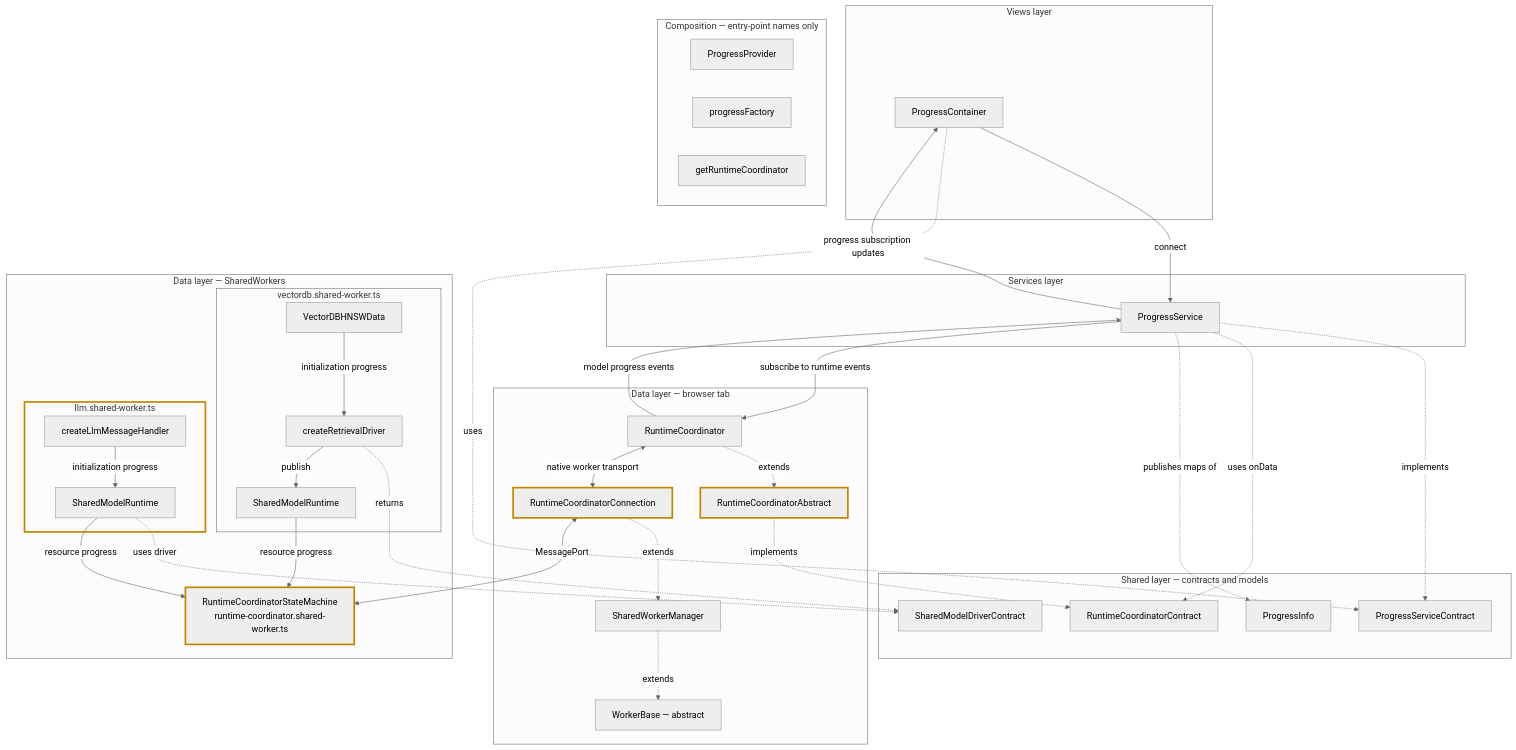
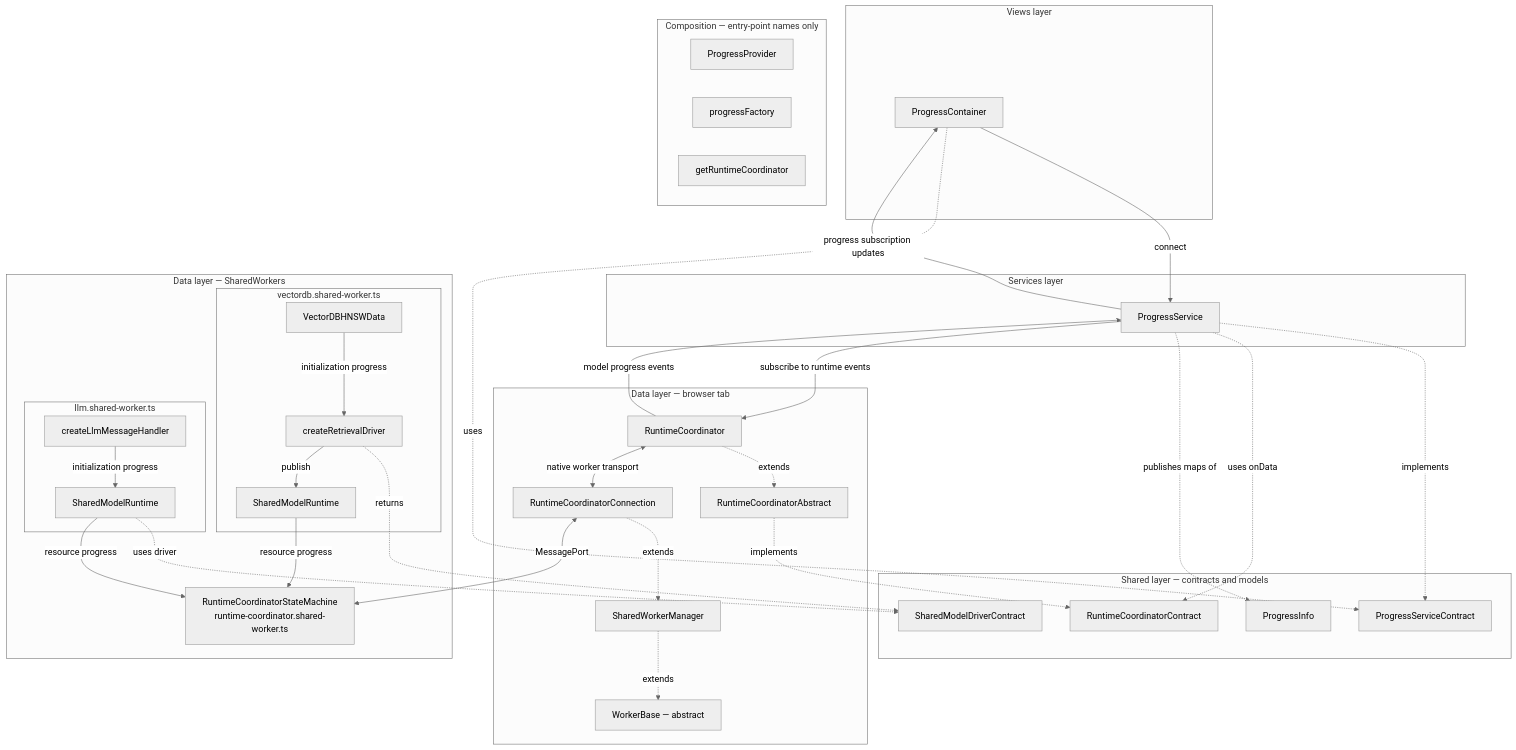
The diagram in docs/architecture/progress-service.md (ragemous3/personal-webpage), drawn with Mermaid (neutral theme) before and after one commit. The commit also changed other lines of this file and 56 other files, not shown here.

````diff
--- a/docs/architecture/progress-service.md
+++ b/docs/architecture/progress-service.md
@@ -9,66 +7,64 @@
 ```mermaid
 flowchart TB
   subgraph Views["Views layer"]
     UI["ProgressContainer"]
   end
   subgraph Services["Services layer"]
     Progress["ProgressService"]
   end
   subgraph Shared["Shared layer — contracts and models"]
     ProgressContract["ProgressServiceContract"]
     CoordinatorContract["RuntimeCoordinatorContract"]
     ProgressDTO["ProgressInfo"]
     DriverContract["SharedModelDriverContract"]
   end
   subgraph Data["Data layer — browser tab"]
     Coordinator["RuntimeCoordinator"]
     CoordinatorBase["RuntimeCoordinatorAbstract"]
     Connection["RuntimeCoordinatorConnection"]
     Transport["SharedWorkerManager"]
     WorkerBase["WorkerBase — abstract"]
   end
   subgraph Workers["Data layer — SharedWorkers"]
     Hub["RuntimeCoordinatorStateMachine<br/>runtime-coordinator.shared-worker.ts"]
     subgraph RetrievalWorker["vectordb.shared-worker.ts"]
       Retrieval["SharedModelRuntime"]
       RetrievalDriver["createRetrievalDriver"]
       Index["VectorDBHNSWData"]
     end
     subgraph GenerationWorker["llm.shared-worker.ts"]
       Generation["SharedModelRuntime"]
       GenerationDriver["createLlmMessageHandler"]
     end
   end
   subgraph Composition["Composition — entry-point names only"]
     Provider["ProgressProvider"]
     Factory["progressFactory"]
     RuntimeFactory["getRuntimeCoordinator"]
   end
 
   UI -->|"connect"| Progress
   Progress -->|"progress subscription updates"| UI
   UI -.->|"uses"| ProgressContract
   Progress -.->|"implements"| ProgressContract
   Progress -.->|"uses onData"| CoordinatorContract
   Progress -.->|"publishes maps of"| ProgressDTO
   Progress -->|"subscribe to runtime events"| Coordinator
   Coordinator -->|"model progress events"| Progress
   Coordinator -.->|"extends"| CoordinatorBase
   CoordinatorBase -.->|"implements"| CoordinatorContract
   Coordinator <-->|"native worker transport"| Connection
   Connection -.->|"extends"| Transport
   Transport -.->|"extends"| WorkerBase
   Connection <-->|"MessagePort"| Hub
   RetrievalDriver -.->|"returns"| DriverContract
   Generation -.->|"uses driver"| DriverContract
   Index -->|"initialization progress"| RetrievalDriver
   RetrievalDriver -->|"publish"| Retrieval
   GenerationDriver -->|"initialization progress"| Generation
   Retrieval -->|"resource progress"| Hub
   Generation -->|"resource progress"| Hub
 
   classDef added stroke:#2da44e,stroke-width:3px;
   classDef modified stroke:#bf8700,stroke-width:3px;
-  class CoordinatorBase,Connection,Hub modified;
-  style GenerationWorker stroke:#bf8700,stroke-width:3px
 ```
````
